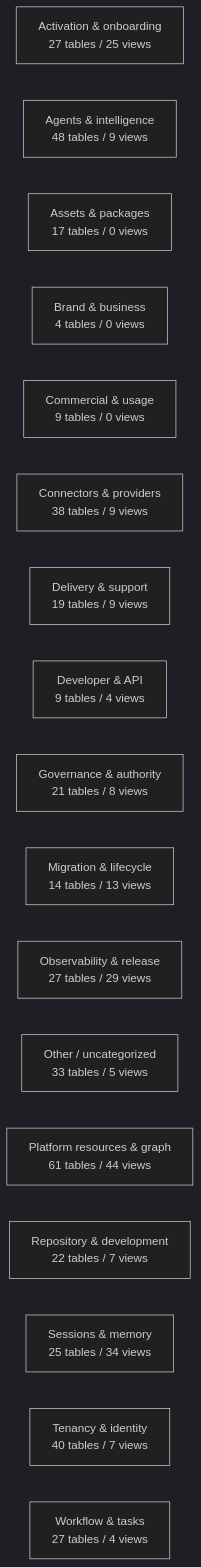
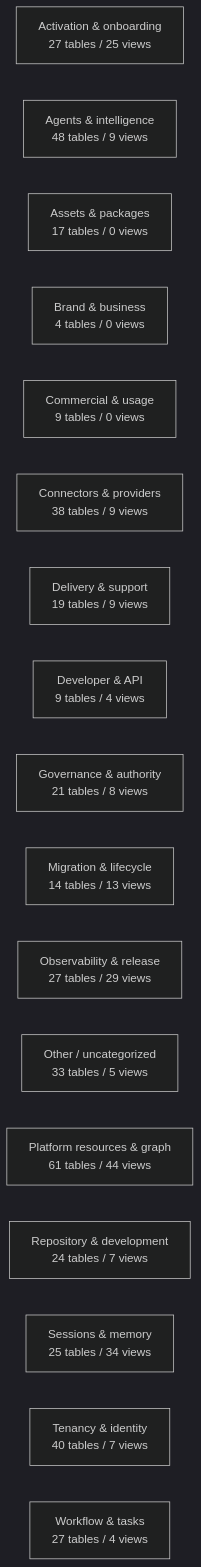
The diagram in docs/work-maps/data-model-domain-map.md (mad4bdigital-ai/multi-business-multi-role-growth-intelligence-os), drawn with Mermaid (dark theme) before and after one commit. The commit also changed other lines of this file and 4 other files, not shown here.

````diff
--- a/docs/work-maps/data-model-domain-map.md
+++ b/docs/work-maps/data-model-domain-map.md
@@ -9,20 +9,20 @@
 ```mermaid
 flowchart LR
   n_Activation___onboarding["Activation & onboarding<br/>27 tables / 25 views"]
   n_Agents___intelligence["Agents & intelligence<br/>48 tables / 9 views"]
   n_Assets___packages["Assets & packages<br/>17 tables / 0 views"]
   n_Brand___business["Brand & business<br/>4 tables / 0 views"]
   n_Commercial___usage["Commercial & usage<br/>9 tables / 0 views"]
   n_Connectors___providers["Connectors & providers<br/>38 tables / 9 views"]
   n_Delivery___support["Delivery & support<br/>19 tables / 9 views"]
   n_Developer___API["Developer & API<br/>9 tables / 4 views"]
   n_Governance___authority["Governance & authority<br/>21 tables / 8 views"]
   n_Migration___lifecycle["Migration & lifecycle<br/>14 tables / 13 views"]
   n_Observability___release["Observability & release<br/>27 tables / 29 views"]
   n_Other___uncategorized["Other / uncategorized<br/>33 tables / 5 views"]
   n_Platform_resources___graph["Platform resources & graph<br/>61 tables / 44 views"]
-  n_Repository___development["Repository & development<br/>22 tables / 7 views"]
+  n_Repository___development["Repository & development<br/>24 tables / 7 views"]
   n_Sessions___memory["Sessions & memory<br/>25 tables / 34 views"]
   n_Tenancy___identity["Tenancy & identity<br/>40 tables / 7 views"]
   n_Workflow___tasks["Workflow & tasks<br/>27 tables / 4 views"]
 ```
````
